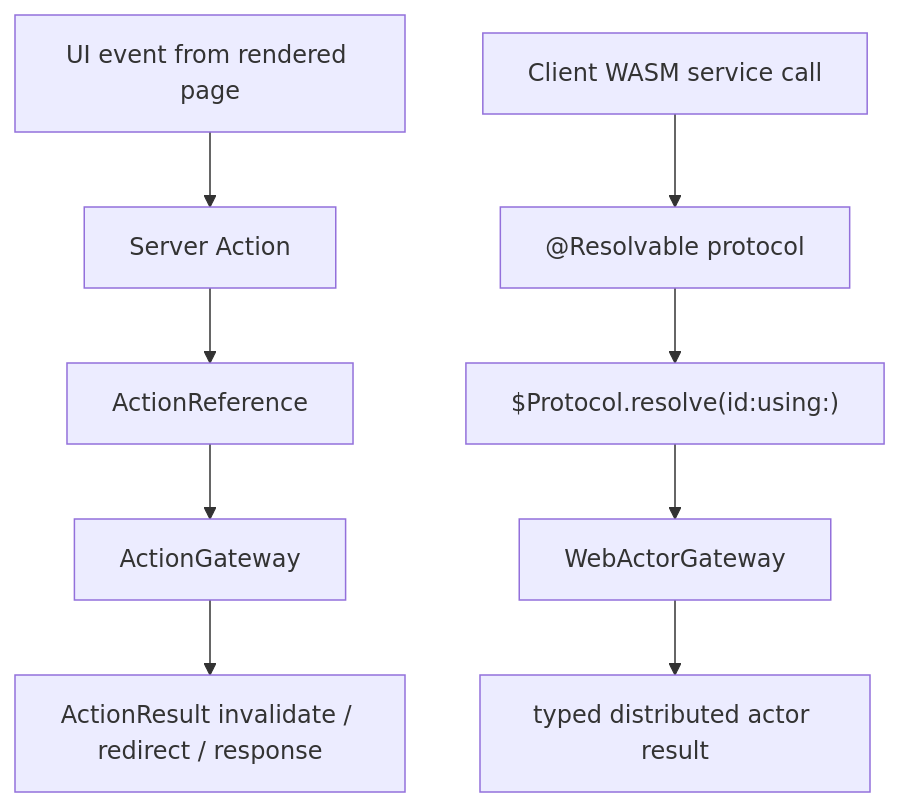
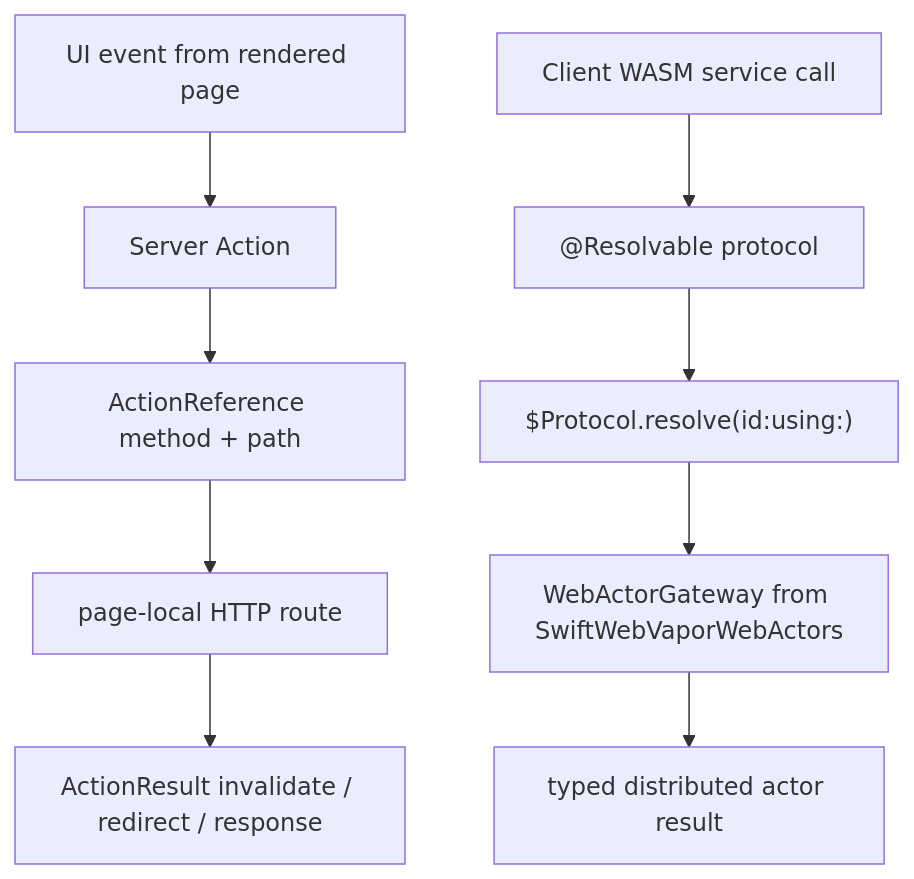
One commit to 1amageek/swift-web changed the sixth of 10 diagrams in Sources/SwiftWeb/README.md. Above: the diagram before and after it, drawn with Mermaid. The commit also changed other lines of this file and 354 other files, not shown here.

````diff
--- a/Sources/SwiftWeb/README.md
+++ b/Sources/SwiftWeb/README.md
@@ -279,12 +283,12 @@
 ```mermaid
 flowchart TD
   A["UI event from rendered page"] --> B["Server Action"]
-  B --> C["ActionReference"]
-  C --> D["ActionGateway"]
+  B --> C["ActionReference method + path"]
+  C --> D["page-local HTTP route"]
   D --> E["ActionResult invalidate / redirect / response"]
 
   F["Client WASM service call"] --> G["@Resolvable protocol"]
   G --> H["$Protocol.resolve(id:using:)"]
-  H --> I["WebActorGateway"]
+  H --> I["WebActorGateway from SwiftWebVaporWebActors"]
   I --> J["typed distributed actor result"]
 ```
````
